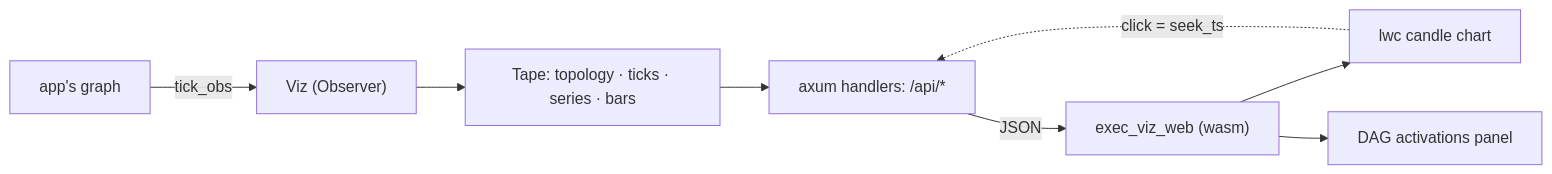
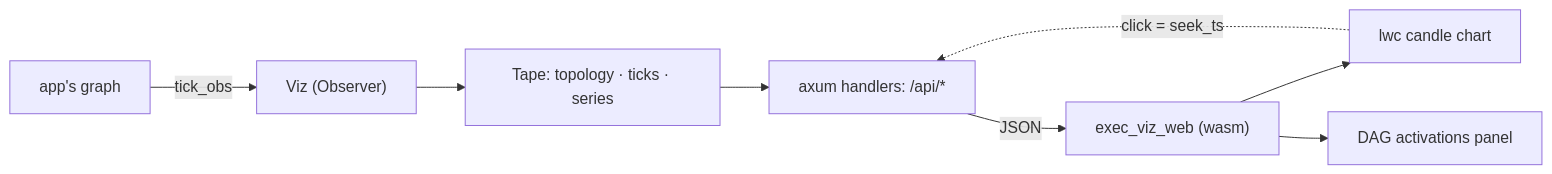
One commit to EV-invest/exec_viz changed the diagram in docs/ARCHITECTURE.md. Above: the diagram before and after it, drawn with Mermaid. The commit also changed other lines of this file and 3 other files, not shown here.

````diff
--- a/docs/ARCHITECTURE.md
+++ b/docs/ARCHITECTURE.md
@@ -25,10 +25,10 @@
 ```mermaid
 flowchart LR
     G[app's graph] -->|tick_obs| V["Viz (Observer)"]
-    V --> T[Tape: topology · ticks · series · bars]
+    V --> T[Tape: topology · ticks · series]
     T --> A["axum handlers: /api/*"]
     A -->|JSON| W["exec_viz_web (wasm)"]
     W --> C[lwc candle chart]
     W --> D[DAG activations panel]
     C -.->|click = seek_ts| A
 ```
````
